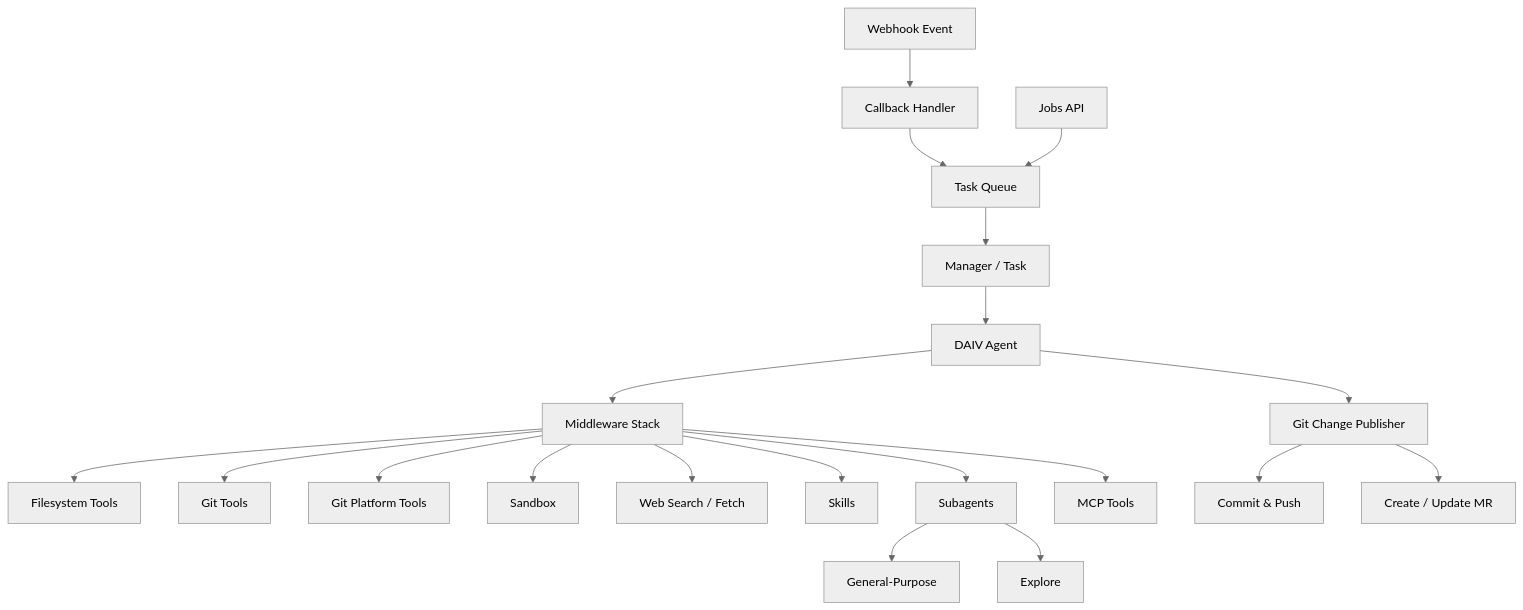
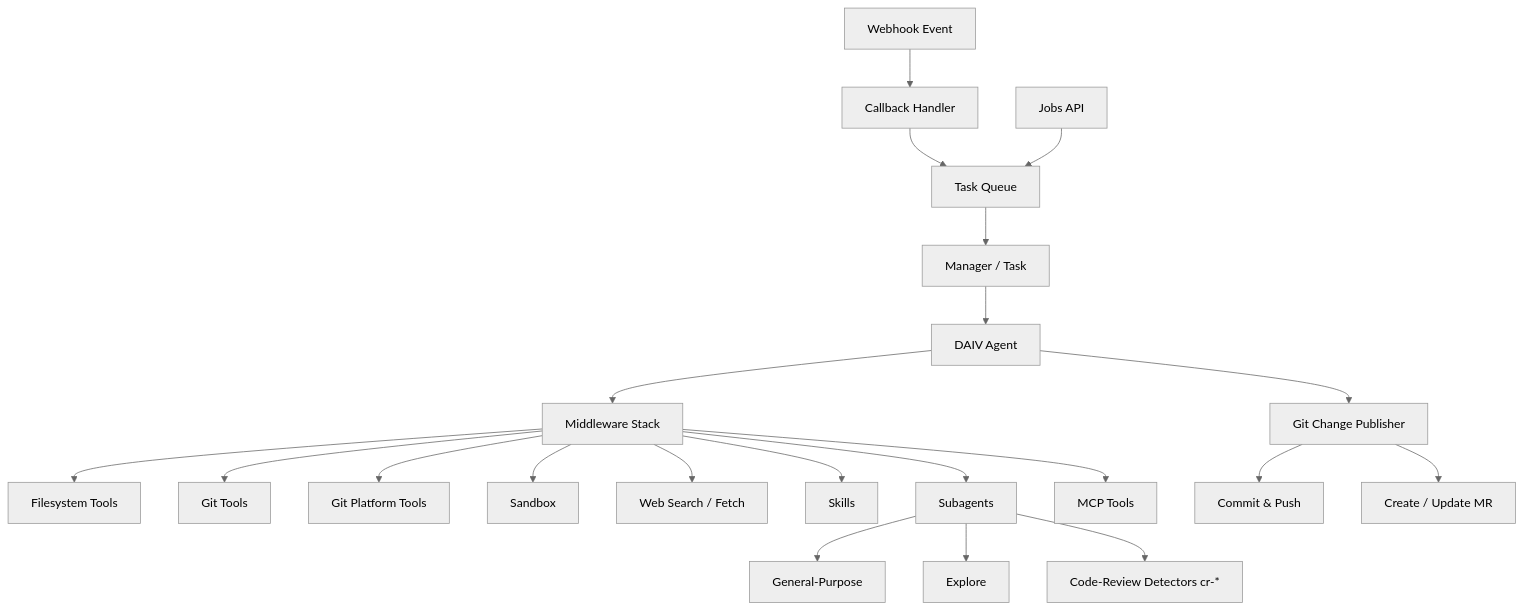
The diagram in docs/reference/agent-architecture.md (srtab/daiv), drawn with Mermaid (neutral theme) before and after one commit. The commit also changed other lines of this file and 28 other files, not shown here.

````diff
--- a/docs/reference/agent-architecture.md
+++ b/docs/reference/agent-architecture.md
@@ -14,25 +14,26 @@
 ```mermaid
 graph TB
     WH[Webhook Event] --> CB[Callback Handler]
     CB --> TQ[Task Queue]
     JOB[Jobs API] --> TQ
     TQ --> MGR[Manager / Task]
     MGR --> AGENT[DAIV Agent]
 
     AGENT --> MW[Middleware Stack]
     MW --> FS[Filesystem Tools]
     MW --> GIT[Git Tools]
     MW --> GP[Git Platform Tools]
     MW --> SB[Sandbox]
     MW --> WS[Web Search / Fetch]
     MW --> SK[Skills]
     MW --> SA[Subagents]
     MW --> MCP[MCP Tools]
 
     SA --> GPAgent[General-Purpose]
     SA --> EXAgent[Explore]
+    SA --> CRAgent[Code-Review Detectors cr-*]
 
     AGENT --> PUB[Git Change Publisher]
     PUB --> COMMIT[Commit & Push]
     PUB --> MR[Create / Update MR]
 ```
````
